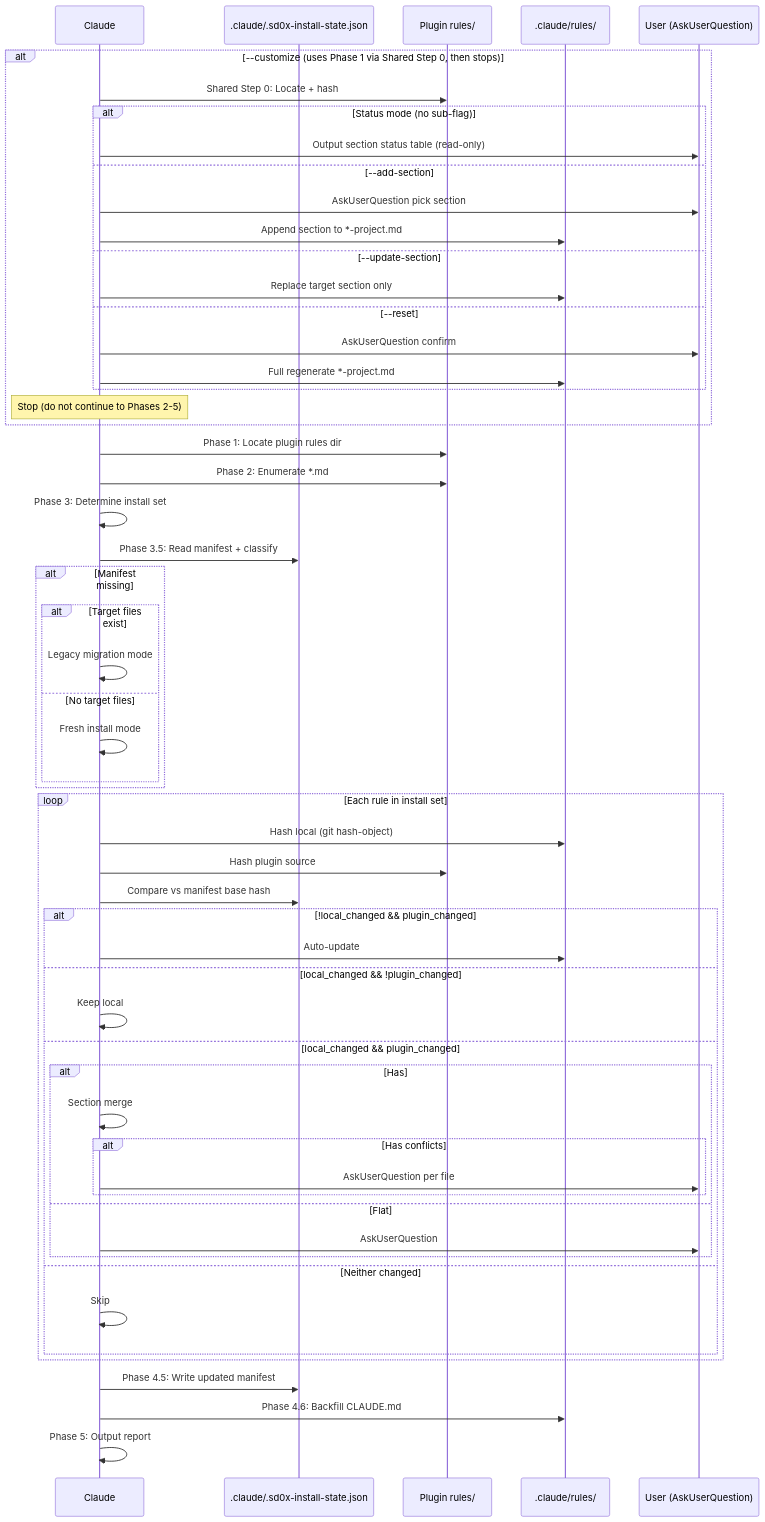
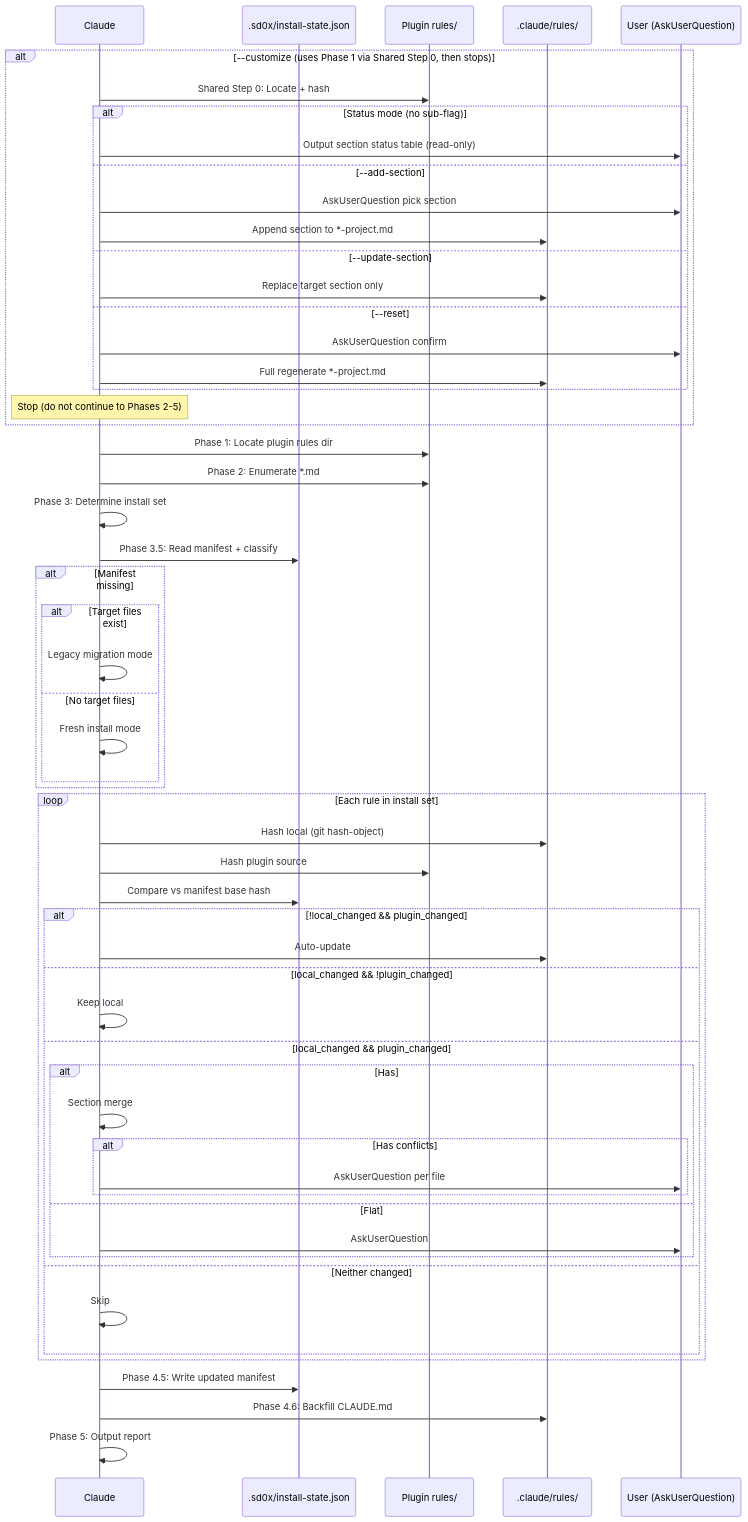
One commit to jupiter-Pulin/Uranus-dev-flow changed the diagram in commands/install-rules.md. Above: the diagram before and after it, drawn with Mermaid. The commit also changed other lines of this file and 11 other files, not shown here.

First line of the commit message:
refactor: Unify install-state path to .sd0x/install-state.json

````diff
--- a/commands/install-rules.md
+++ b/commands/install-rules.md
@@ -20,59 +20,59 @@
 ```mermaid
 sequenceDiagram
     participant C as Claude
-    participant M as .claude/.sd0x-install-state.json
+    participant M as .sd0x/install-state.json
     participant S as Plugin rules/
     participant T as .claude/rules/
     participant U as User (AskUserQuestion)
 
     alt --customize (uses Phase 1 via Shared Step 0, then stops)
         C->>S: Shared Step 0: Locate + hash
         alt Status mode (no sub-flag)
             C->>U: Output section status table (read-only)
         else --add-section
             C->>U: AskUserQuestion pick section
             C->>T: Append section to *-project.md
         else --update-section
             C->>T: Replace target section only
         else --reset
             C->>U: AskUserQuestion confirm
             C->>T: Full regenerate *-project.md
         end
         Note over C: Stop (do not continue to Phases 2-5)
     end
     C->>S: Phase 1: Locate plugin rules dir
     C->>S: Phase 2: Enumerate *.md
     C->>C: Phase 3: Determine install set
     C->>M: Phase 3.5: Read manifest + classify
     alt Manifest missing
         alt Target files exist
             C->>C: Legacy migration mode
         else No target files
             C->>C: Fresh install mode
         end
     end
     loop Each rule in install set
         C->>T: Hash local (git hash-object)
         C->>S: Hash plugin source
         C->>M: Compare vs manifest base hash
         alt !local_changed && plugin_changed
             C->>T: Auto-update
         else local_changed && !plugin_changed
             C->>C: Keep local
         else local_changed && plugin_changed
             alt Has ## headings
                 C->>C: Section merge
                 alt Has conflicts
                     C->>U: AskUserQuestion per file
                 end
             else Flat
                 C->>U: AskUserQuestion
             end
         else Neither changed
             C->>C: Skip
         end
     end
     C->>M: Phase 4.5: Write updated manifest
     C->>T: Phase 4.6: Backfill CLAUDE.md
     C->>C: Phase 5: Output report
 ```
````
